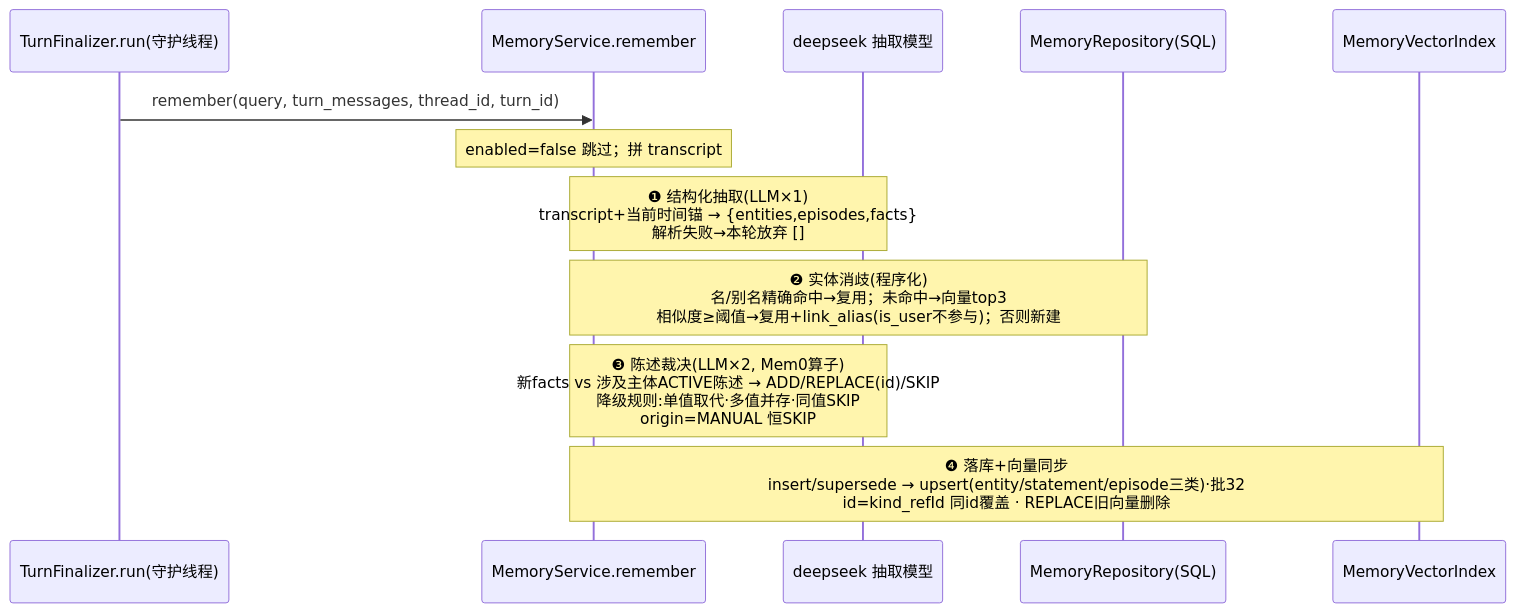
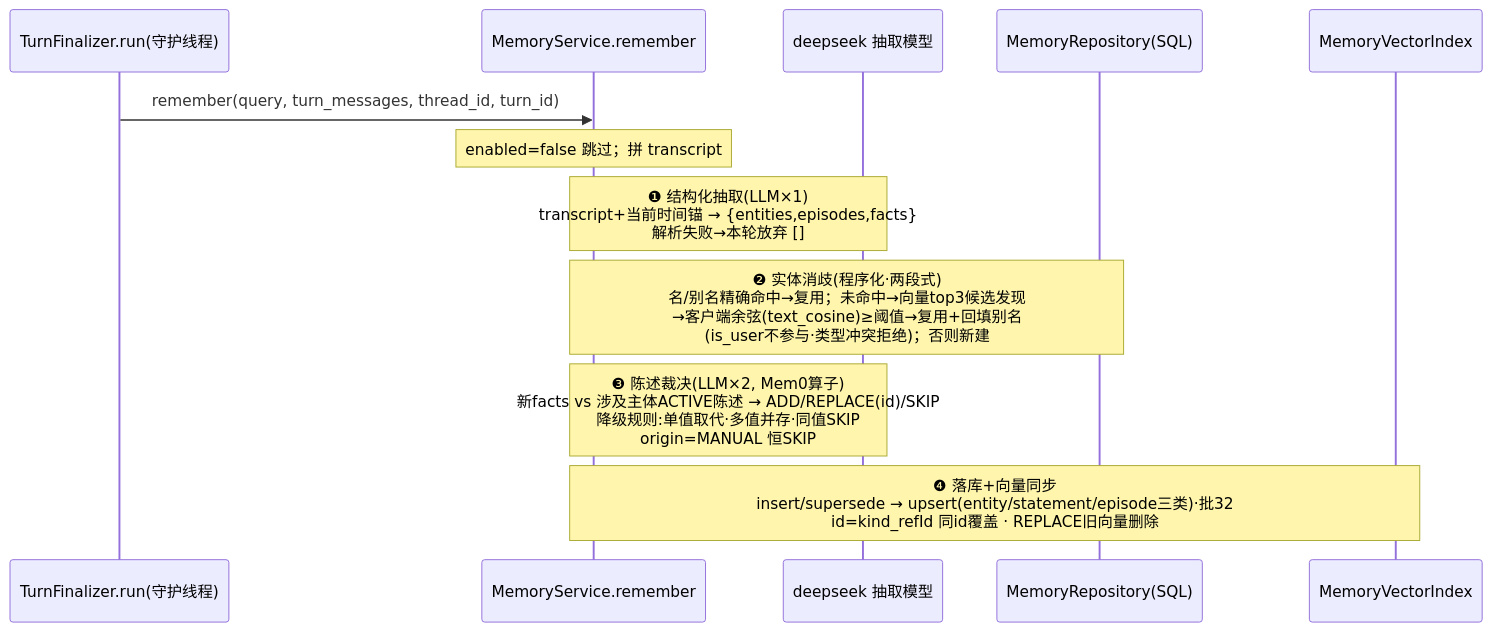
The first of 2 diagrams in docs/memory-v2-design.md (HankChenCH/agentic), drawn with Mermaid before and after one commit. The commit also changed other lines of this file and 56 other files, not shown here.

````diff
--- a/docs/memory-v2-design.md
+++ b/docs/memory-v2-design.md
@@ -120,14 +120,14 @@
 ```mermaid
 sequenceDiagram
     participant AGT as TurnFinalizer.run(守护线程)
     participant MS as MemoryService.remember
     participant LLM as deepseek 抽取模型
     participant REPO as MemoryRepository(SQL)
     participant IDX as MemoryVectorIndex
     AGT->>MS: remember(query, turn_messages, thread_id, turn_id)
     Note over MS: enabled=false 跳过；拼 transcript
     Note over MS,LLM: ❶ 结构化抽取(LLM×1)<br/>transcript+当前时间锚 → {entities,episodes,facts}<br/>解析失败→本轮放弃 []
-    Note over MS,REPO: ❷ 实体消歧(程序化)<br/>名/别名精确命中→复用；未命中→向量top3<br/>相似度≥阈值→复用+link_alias(is_user不参与)；否则新建
+    Note over MS,REPO: ❷ 实体消歧(程序化·两段式)<br/>名/别名精确命中→复用；未命中→向量top3候选发现<br/>→客户端余弦(text_cosine)≥阈值→复用+回填别名<br/>(is_user不参与·类型冲突拒绝)；否则新建
     Note over MS,LLM: ❸ 陈述裁决(LLM×2, Mem0算子)<br/>新facts vs 涉及主体ACTIVE陈述 → ADD/REPLACE(id)/SKIP<br/>降级规则:单值取代·多值并存·同值SKIP<br/>origin=MANUAL 恒SKIP
     Note over MS,IDX: ❹ 落库+向量同步<br/>insert/supersede → upsert(entity/statement/episode三类)·批32<br/>id=kind_refId 同id覆盖 · REPLACE旧向量删除
 ```
````
